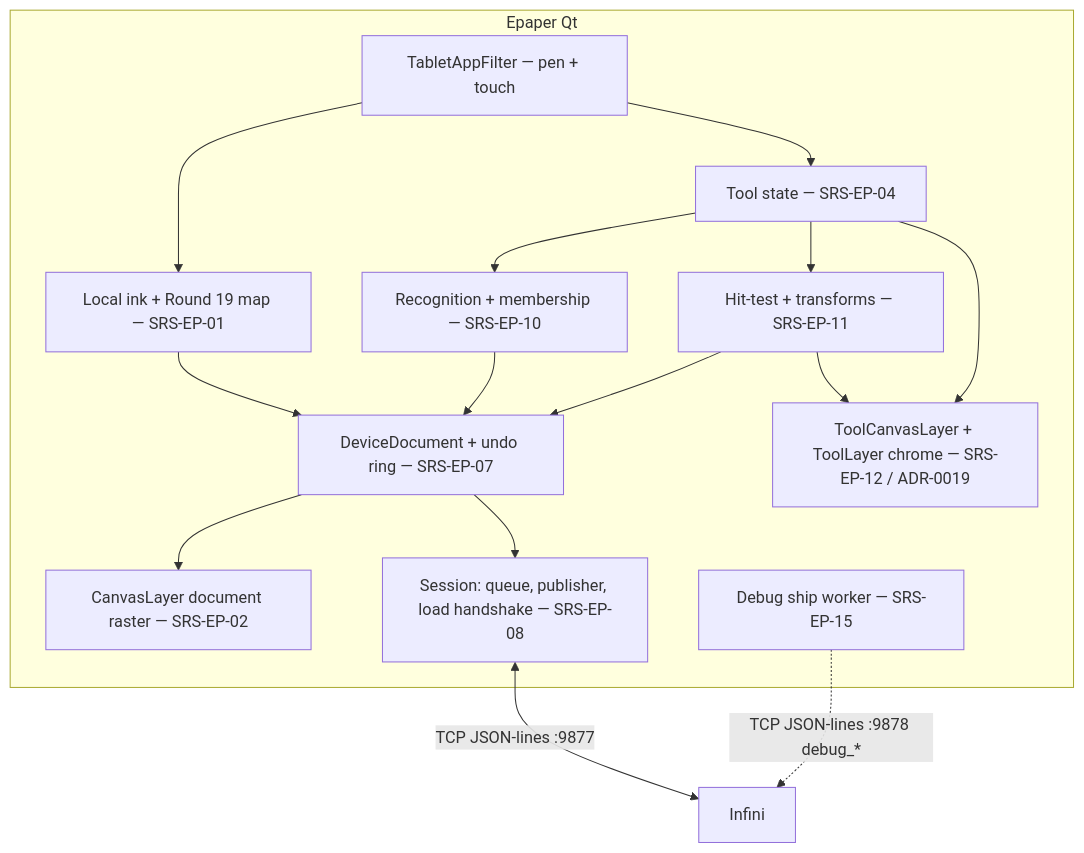
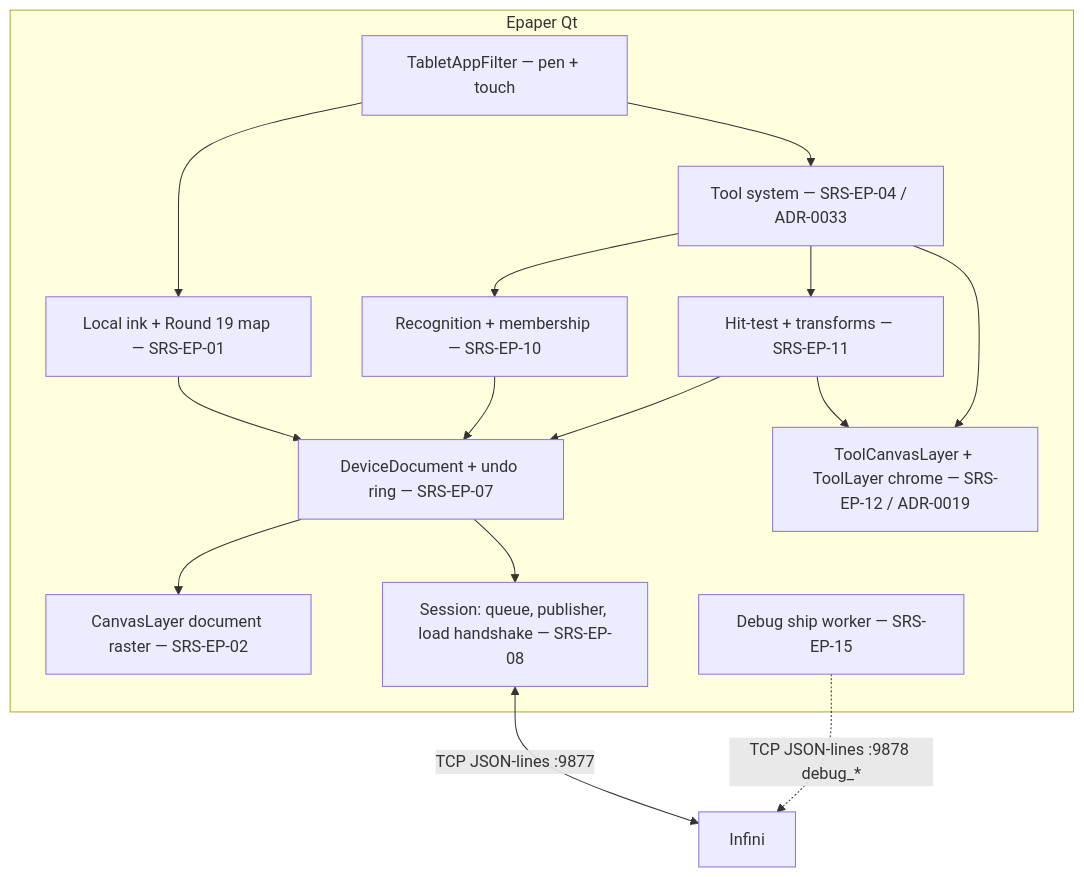
One commit to hoaidv/reawa changed the second of 2 diagrams in .docs/modules/epaper/architecture.md. Above: the diagram before and after it, drawn with Mermaid. The commit also changed other lines of this file and 104 other files, not shown here.

````diff
--- a/.docs/modules/epaper/architecture.md
+++ b/.docs/modules/epaper/architecture.md
@@ -101,28 +102,28 @@
 ```mermaid
 flowchart TB
   subgraph device["Epaper Qt"]
     input["TabletAppFilter — pen + touch"]
     ink["Local ink + Round 19 map — SRS-EP-01"]
-    tools["Tool state — SRS-EP-04"]
+    tools["Tool system — SRS-EP-04 / ADR-0033"]
     doc["DeviceDocument + undo ring — SRS-EP-07"]
     recog["Recognition + membership — SRS-EP-10"]
     manip["Hit-test + transforms — SRS-EP-11"]
     paint["CanvasLayer document raster — SRS-EP-02"]
     overlay["ToolCanvasLayer + ToolLayer chrome — SRS-EP-12 / ADR-0019"]
     sync["Session: queue, publisher, load handshake — SRS-EP-08"]
     dlog["Debug ship worker — SRS-EP-15"]
     input --> ink
     input --> tools
     ink --> doc
     tools --> recog
     tools --> manip
     recog --> doc
     manip --> doc
     doc --> paint
     manip --> overlay
     tools --> overlay
     doc --> sync
   end
   sync <-->|"TCP JSON-lines :9877"| infini["Infini"]
   dlog -.->|"TCP JSON-lines :9878 debug_*"| infini
 ```
````
